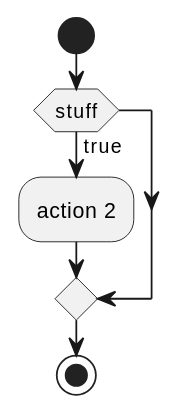
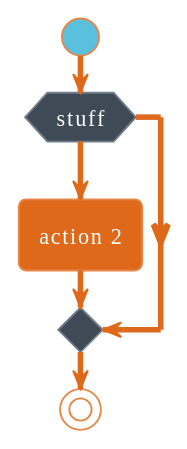
Before and after one commit to erikatudisco/programming_formalism: the fourth of 4 diagrams in notes_paradigms.md, drawn with PlantUML.

````diff
--- a/notes_paradigms.md
+++ b/notes_paradigms.md
@@ -81,10 +81,11 @@
 ```plantuml
 @startuml
+!theme superhero
 start
 if (stuff) then (true) 
    :action 2;
 endif
 
 stop
 @enduml
 ```
````
